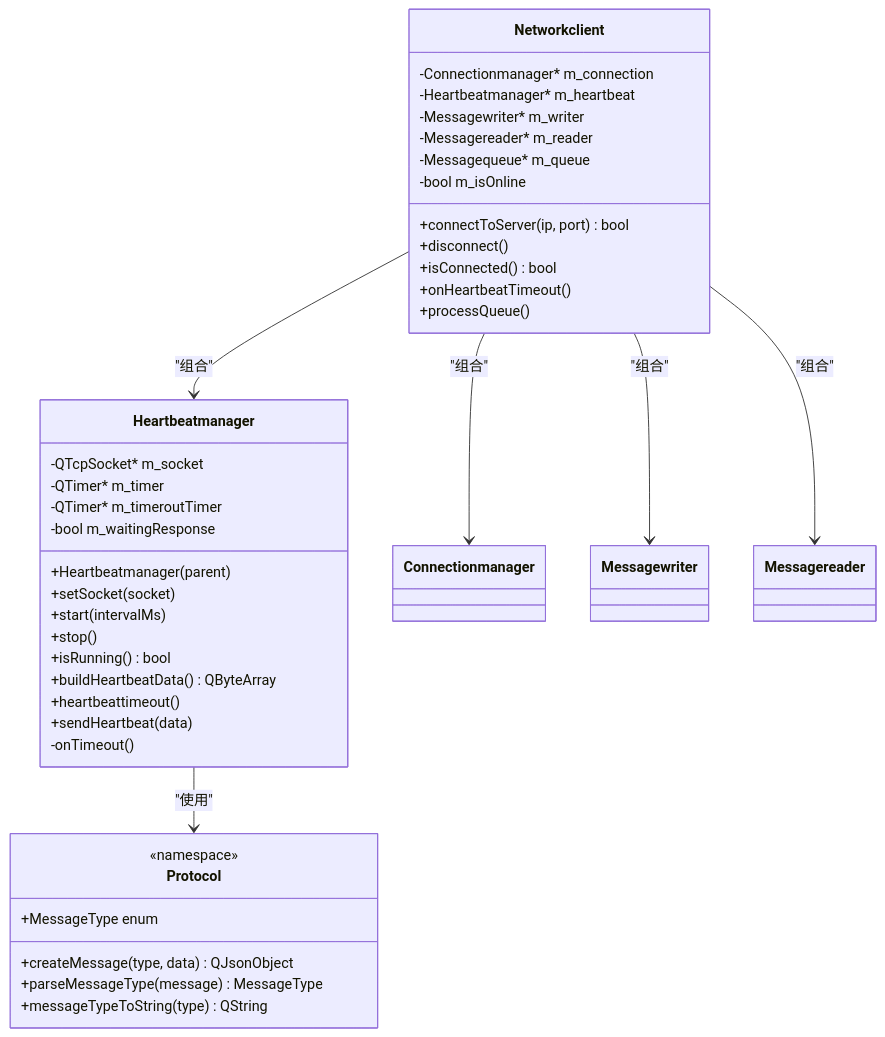
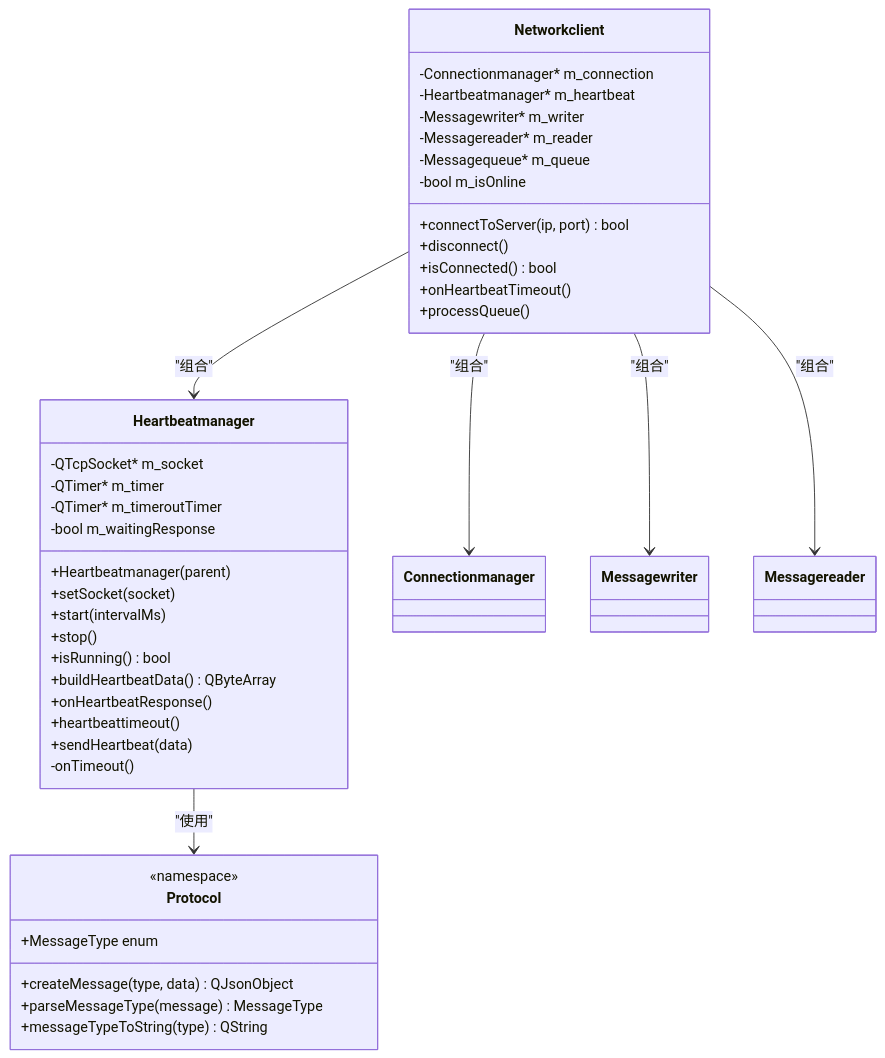
Before and after one commit to HeQiTZD/Triple-terminal-Attendance-Punching-System: the second of 8 diagrams in .qoder/repowiki/zh/content/核心模块/网络客户端模块/心跳管理器.md, drawn with Mermaid. The commit also changed other lines of this file and 47 other files, not shown here.

````diff
--- a/.qoder/repowiki/zh/content/核心模块/网络客户端模块/心跳管理器.md
+++ b/.qoder/repowiki/zh/content/核心模块/网络客户端模块/心跳管理器.md
@@ -90,43 +99,44 @@
 ```mermaid
 classDiagram
 class Heartbeatmanager {
 -QTcpSocket* m_socket
 -QTimer* m_timer
 -QTimer* m_timeroutTimer
 -bool m_waitingResponse
 +Heartbeatmanager(parent)
 +setSocket(socket)
 +start(intervalMs)
 +stop()
 +isRunning() bool
 +buildHeartbeatData() QByteArray
++onHeartbeatResponse()
 +heartbeattimeout()
 +sendHeartbeat(data)
 -onTimeout()
 }
 class Networkclient {
 -Connectionmanager* m_connection
 -Heartbeatmanager* m_heartbeat
 -Messagewriter* m_writer
 -Messagereader* m_reader
 -Messagequeue* m_queue
 -bool m_isOnline
 +connectToServer(ip, port) bool
 +disconnect()
 +isConnected() bool
 +onHeartbeatTimeout()
 +processQueue()
 }
 class Protocol {
 <<namespace>>
 +MessageType enum
 +createMessage(type, data) QJsonObject
 +parseMessageType(message) MessageType
 +messageTypeToString(type) QString
 }
 Heartbeatmanager --> Protocol : "使用"
 Networkclient --> Heartbeatmanager : "组合"
 Networkclient --> Connectionmanager : "组合"
 Networkclient --> Messagewriter : "组合"
 Networkclient --> Messagereader : "组合"
 ```
````
